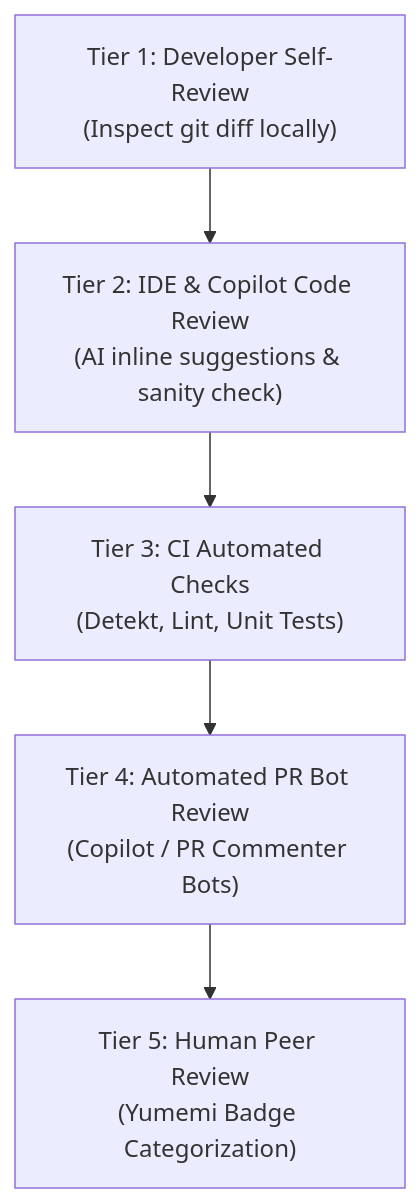
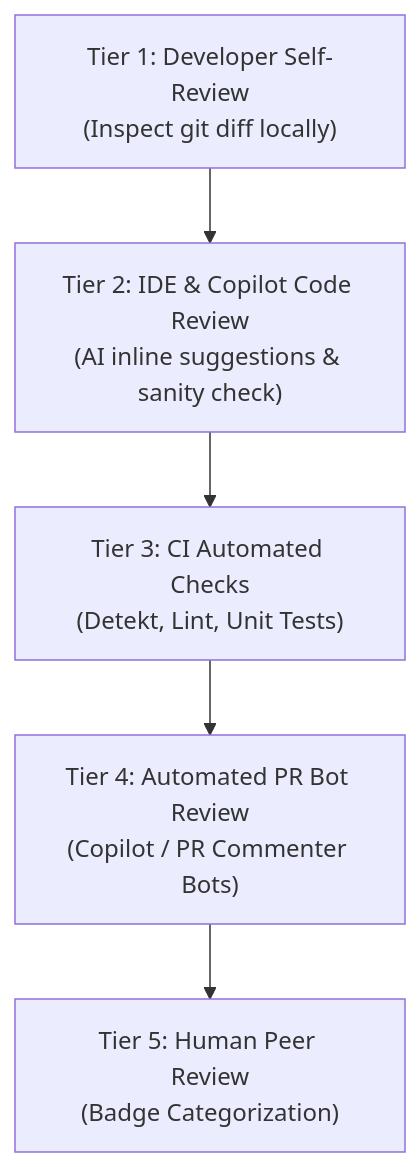
The second of 2 diagrams in docs/01_company_and_team/06_engineering_guardrails.md (dinkar1708/dinakar-android-engineer-codecheck), drawn with Mermaid before and after one commit. The commit also changed other lines of this file and 33 other files, not shown here.

````diff
--- a/docs/01_company_and_team/06_engineering_guardrails.md
+++ b/docs/01_company_and_team/06_engineering_guardrails.md
@@ -142,7 +142,7 @@
 ```mermaid
 flowchart TD
     S1["Tier 1: Developer Self-Review<br/>(Inspect git diff locally)"] --> S2["Tier 2: IDE & Copilot Code Review<br/>(AI inline suggestions & sanity check)"]
     S2 --> S3["Tier 3: CI Automated Checks<br/>(Detekt, Lint, Unit Tests)"]
     S3 --> S4["Tier 4: Automated PR Bot Review<br/>(Copilot / PR Commenter Bots)"]
-    S4 --> S5["Tier 5: Human Peer Review<br/>(Yumemi Badge Categorization)"]
+    S4 --> S5["Tier 5: Human Peer Review<br/>(Badge Categorization)"]
 ```
````
